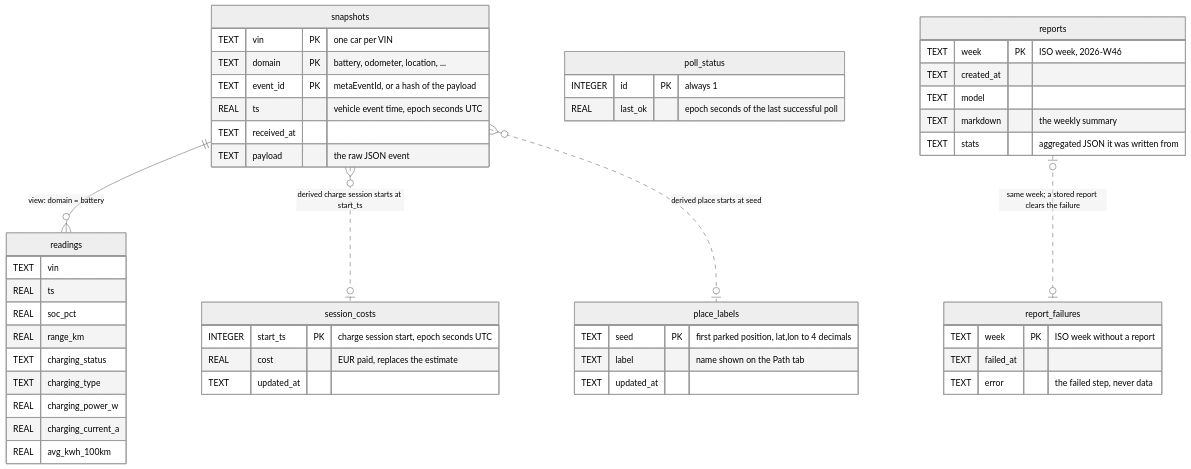
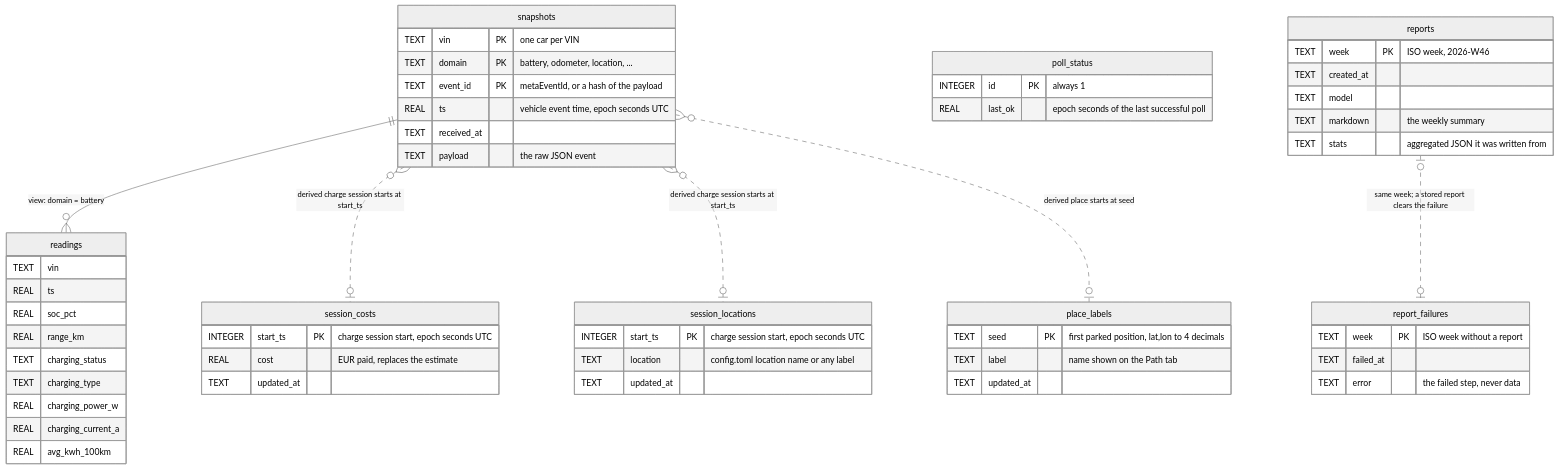
The diagram in docs/database.md (coulof/polestar-telemetry), drawn with Mermaid (neutral theme) before and after one commit. The commit also changed other lines of this file and 10 other files, not shown here.

First line of the commit message:
Charging: correct a session's location behind the admin password

````diff
--- a/docs/database.md
+++ b/docs/database.md
@@ -7,53 +7,59 @@
 ```mermaid
 erDiagram
     snapshots {
         TEXT vin PK "one car per VIN"
         TEXT domain PK "battery, odometer, location, ..."
         TEXT event_id PK "metaEventId, or a hash of the payload"
         REAL ts "vehicle event time, epoch seconds UTC"
         TEXT received_at
         TEXT payload "the raw JSON event"
     }
     readings {
         TEXT vin
         REAL ts
         REAL soc_pct
         REAL range_km
         TEXT charging_status
         TEXT charging_type
         REAL charging_power_w
         REAL charging_current_a
         REAL avg_kwh_100km
     }
     poll_status {
         INTEGER id PK "always 1"
         REAL last_ok "epoch seconds of the last successful poll"
     }
     reports {
         TEXT week PK "ISO week, 2026-W46"
         TEXT created_at
         TEXT model
         TEXT markdown "the weekly summary"
         TEXT stats "aggregated JSON it was written from"
     }
     report_failures {
         TEXT week PK "ISO week without a report"
         TEXT failed_at
         TEXT error "the failed step, never data"
     }
     session_costs {
         INTEGER start_ts PK "charge session start, epoch seconds UTC"
         REAL cost "EUR paid, replaces the estimate"
         TEXT updated_at
     }
+    session_locations {
+        INTEGER start_ts PK "charge session start, epoch seconds UTC"
+        TEXT location "config.toml location name or any label"
+        TEXT updated_at
+    }
     place_labels {
         TEXT seed PK "first parked position, lat,lon to 4 decimals"
         TEXT label "name shown on the Path tab"
         TEXT updated_at
     }
 
     snapshots ||--o{ readings : "view: domain = battery"
     reports |o..o| report_failures : "same week; a stored report clears the failure"
     snapshots }o..o| session_costs : "derived charge session starts at start_ts"
+    snapshots }o..o| session_locations : "derived charge session starts at start_ts"
     snapshots }o..o| place_labels : "derived place starts at seed"
 ```
````
